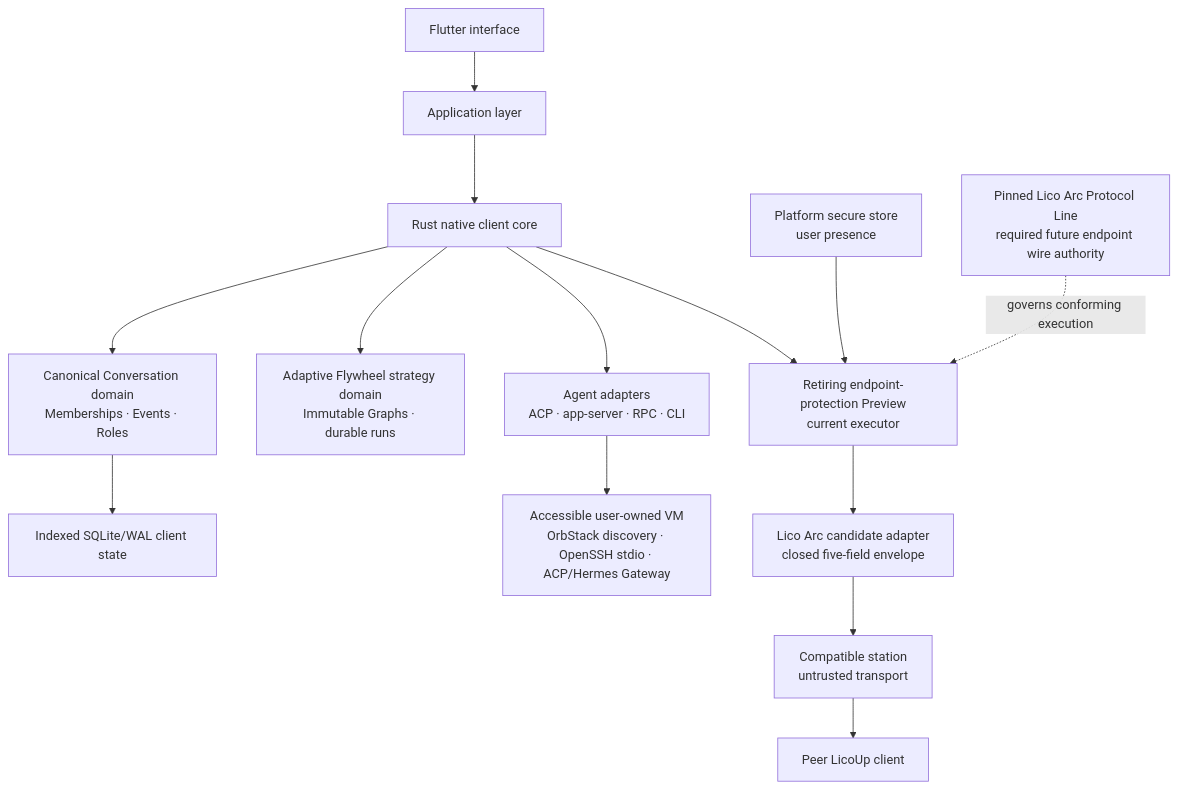
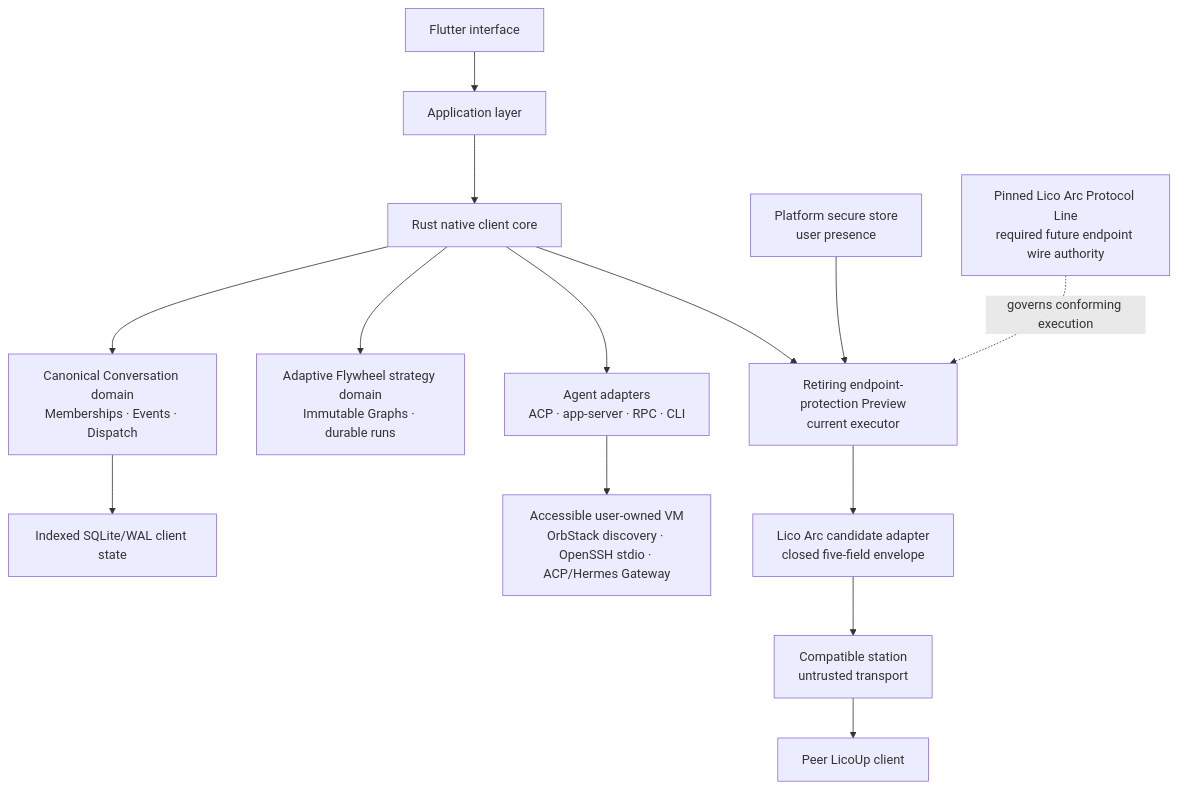
One commit to LicoLand/LicoUp changed the first of 4 diagrams in docs/architecture/README.md. Above: the diagram before and after it, drawn with Mermaid. The commit also changed other lines of this file and 100 other files, not shown here.

````diff
--- a/docs/architecture/README.md
+++ b/docs/architecture/README.md
@@ -28,16 +28,16 @@
 ```mermaid
 flowchart TB
     UI["Flutter interface"] --> APP["Application layer"]
     APP --> CORE["Rust native client core"]
-    CORE --> CONVERSATIONS["Canonical Conversation domain<br/>Memberships · Events · Roles"]
+    CORE --> CONVERSATIONS["Canonical Conversation domain<br/>Memberships · Events · Dispatch"]
     CORE --> STRATEGIES["Adaptive Flywheel strategy domain<br/>Immutable Graphs · durable runs"]
     CONVERSATIONS --> STORE["Indexed SQLite/WAL client state"]
     CORE --> AGENTS["Agent adapters<br/>ACP · app-server · RPC · CLI"]
     AGENTS --> VM["Accessible user-owned VM<br/>OrbStack discovery · OpenSSH stdio · ACP/Hermes Gateway"]
     CORE --> MESH["Retiring endpoint-protection Preview<br/>current executor"]
     MESH --> ARC["Lico Arc candidate adapter<br/>closed five-field envelope"]
     ARC --> STATION["Compatible station<br/>untrusted transport"]
     STATION --> PEER["Peer LicoUp client"]
     KEYS["Platform secure store<br/>user presence"] --> MESH
     LINE["Pinned Lico Arc Protocol Line<br/>required future endpoint wire authority"] -. "governs conforming execution" .-> MESH
 ```
````
